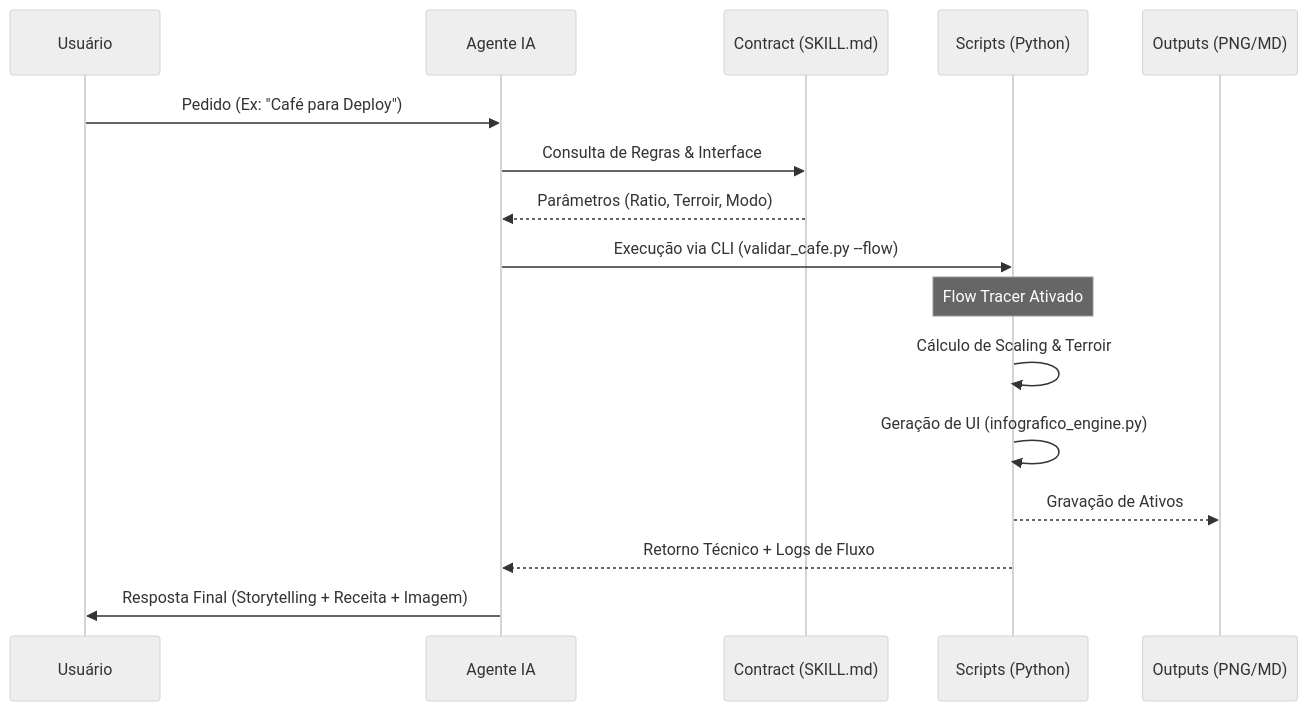
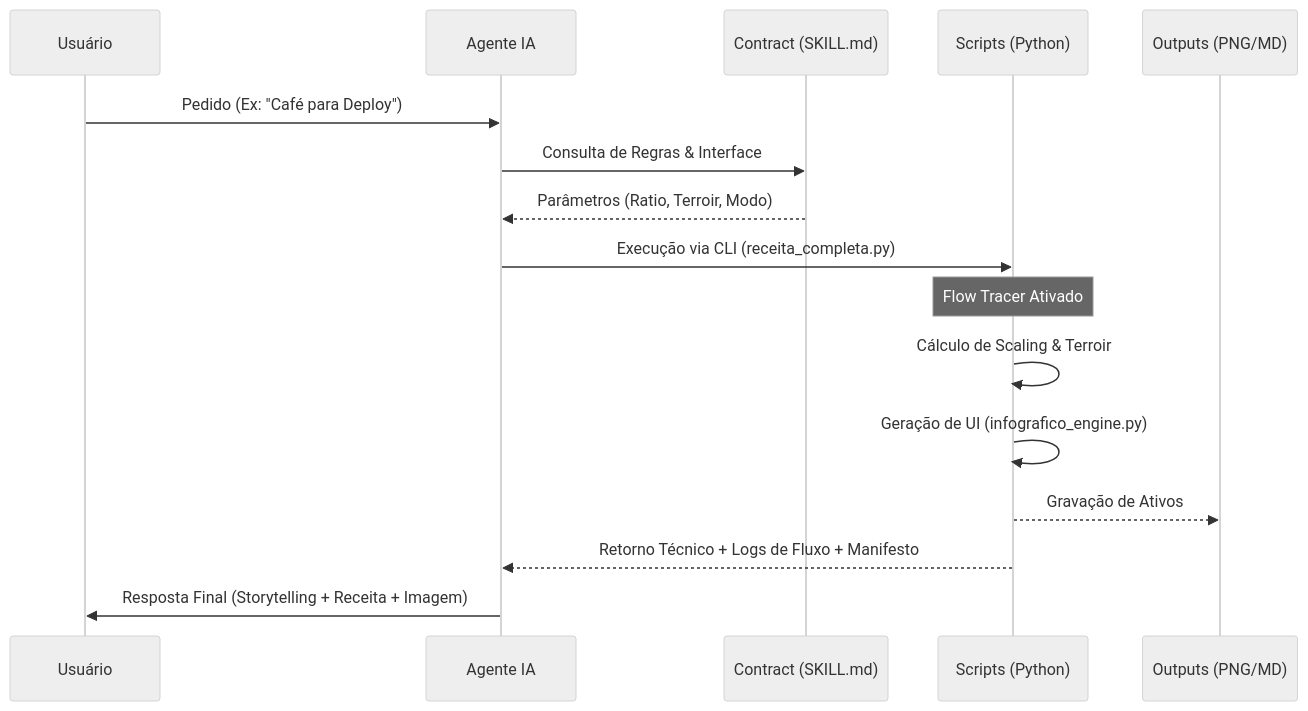
Before and after one commit to malvesro/cafe-skill: the first of 2 diagrams in README.md, drawn with Mermaid (neutral theme). The commit also changed other lines of this file and 20 other files, not shown here.

````diff
--- a/README.md
+++ b/README.md
@@ -14,19 +14,19 @@
 ```mermaid
 sequenceDiagram
     participant U as Usuário
     participant A as Agente IA
     participant C as Contract (SKILL.md)
     participant S as Scripts (Python)
     participant O as Outputs (PNG/MD)
 
     U->>A: Pedido (Ex: "Café para Deploy")
     A->>C: Consulta de Regras & Interface
     C-->>A: Parâmetros (Ratio, Terroir, Modo)
-    A->>S: Execução via CLI (validar_cafe.py --flow)
+    A->>S: Execução via CLI (receita_completa.py)
     Note over S: Flow Tracer Ativado
     S->>S: Cálculo de Scaling & Terroir
     S->>S: Geração de UI (infografico_engine.py)
     S-->>O: Gravação de Ativos
-    S-->>A: Retorno Técnico + Logs de Fluxo
+    S-->>A: Retorno Técnico + Logs de Fluxo + Manifesto
     A->>U: Resposta Final (Storytelling + Receita + Imagem)
 ```
````
